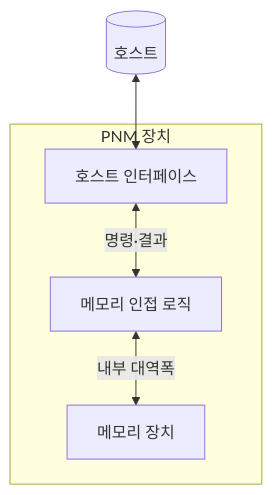
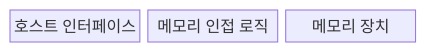
Before and after one commit to agnusdei1207/knowledge-base: the first of 2 diagrams in src/content/docs/notes/02-hardware/027_pnm.md, drawn with Mermaid. The commit also changed other lines of this file and 20 other files, not shown here.

````diff
--- a/src/content/docs/notes/02-hardware/027_pnm.md
+++ b/src/content/docs/notes/02-hardware/027_pnm.md
@@ -65,11 +63,7 @@
 ```mermaid
-flowchart TB
-    H[(호스트)] <--> I
-    subgraph PNM_DEVICE["PNM 장치"]
-        I[호스트 인터페이스]
-        N[메모리 인접 로직]
-        M[메모리 장치]
-        I <-->|명령·결과| N
-        N <-->|내부 대역폭| M
-    end
+block
+    columns 3
+    I["호스트 인터페이스"]
+    N["메모리 인접 로직"]
+    M["메모리 장치"]
 ```
````
